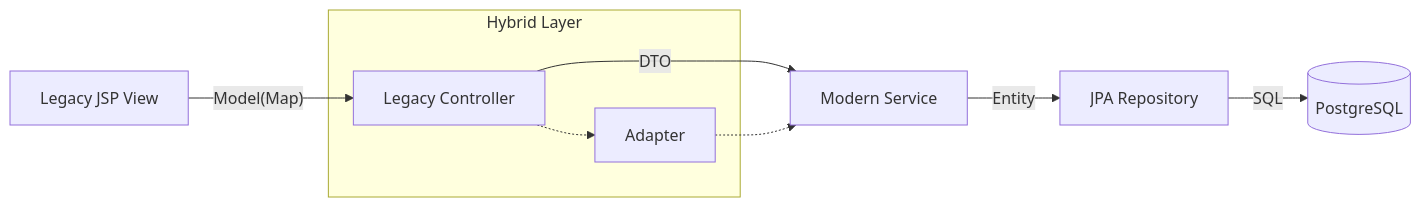
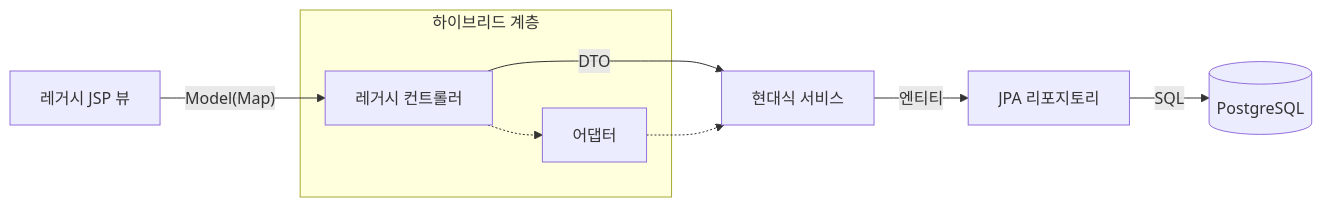
Before and after one commit to lkindo/egov-enterprise: the diagram in MIGRATION_PLAN.md, drawn with Mermaid. The commit also changed other lines of this file and 42 other files, not shown here.

````diff
--- a/MIGRATION_PLAN.md
+++ b/MIGRATION_PLAN.md
@@ -41,15 +41,15 @@
 ```mermaid
 graph LR
-    JSP[Legacy JSP View] -- Model(Map) --> CTL[Legacy Controller]
-    CTL -- DTO --> SVC[Modern Service]
-    SVC -- Entity --> REP[JPA Repository]
+    JSP[레거시 JSP 뷰] -- Model(Map) --> CTL[레거시 컨트롤러]
+    CTL -- DTO --> SVC[현대식 서비스]
+    SVC -- 엔티티 --> REP[JPA 리포지토리]
     REP -- SQL --> DB[(PostgreSQL)]
     
-    subgraph "Hybrid Layer"
+    subgraph "하이브리드 계층"
     CTL
-    ADPT[Adapter]
+    ADPT[어댑터]
     end
     
     CTL -.-> ADPT
     ADPT -.-> SVC
 ```
````
